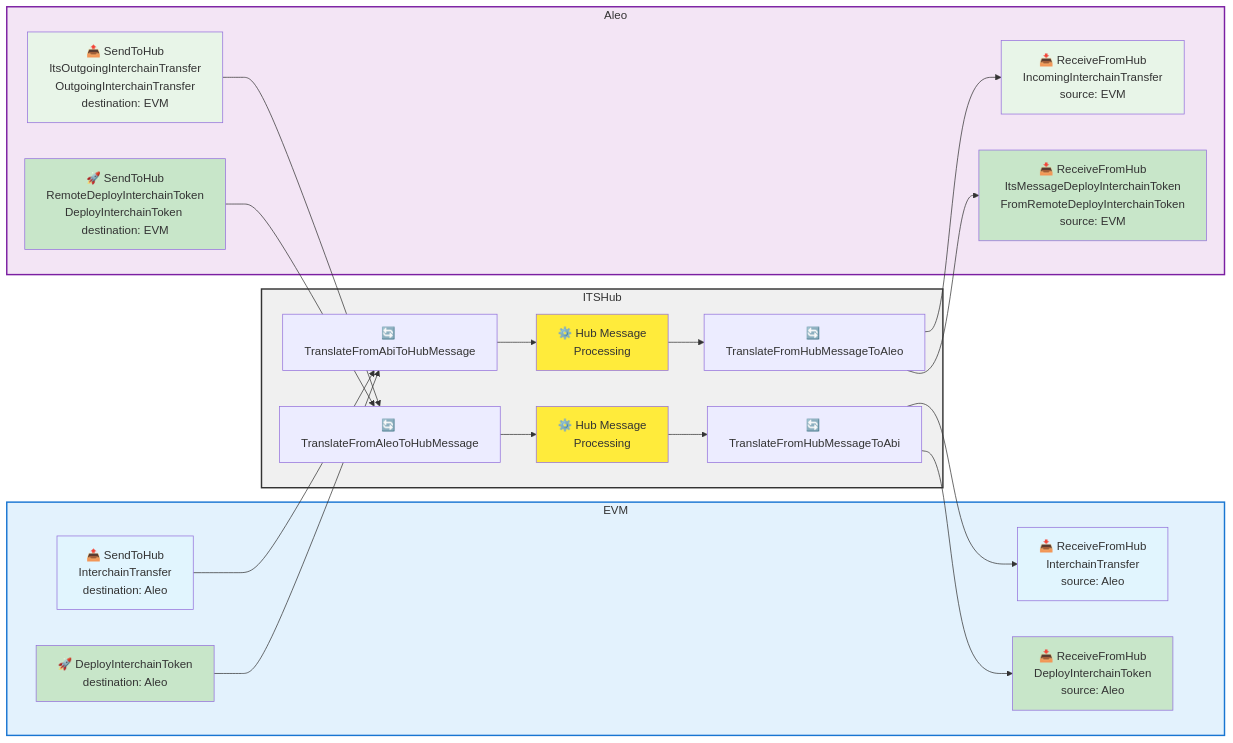
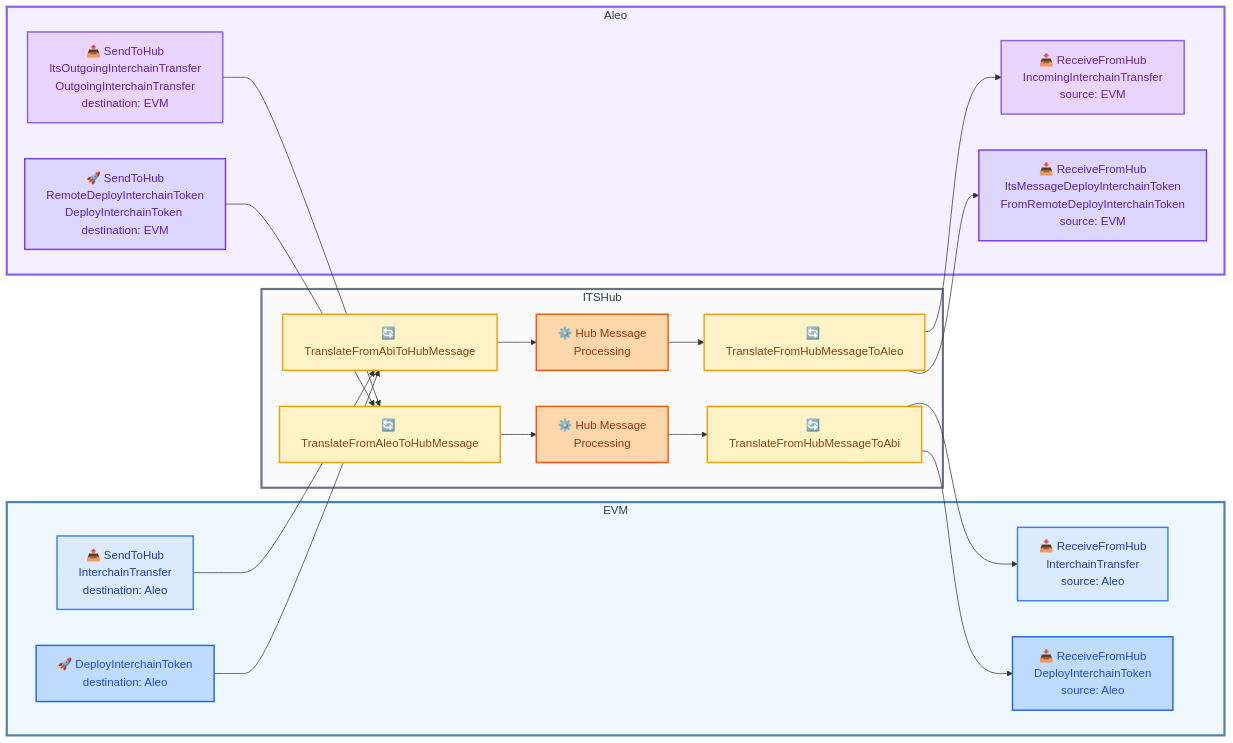
The diagram in contracts/its-aleo-translator/README.md (eigerco/axelar-amplifier), drawn with Mermaid before and after one commit.

Commit message:
wip: docs

````diff
--- a/contracts/its-aleo-translator/README.md
+++ b/contracts/its-aleo-translator/README.md
@@ -36,52 +36,64 @@
 ```mermaid
 flowchart LR
     subgraph EVM
         A[📤 SendToHub<br/>InterchainTransfer<br/>destination: Aleo]
         H[📥 ReceiveFromHub<br/>InterchainTransfer<br/>source: Aleo]
         L[🚀 DeployInterchainToken<br/>destination: Aleo]
         M[📥 ReceiveFromHub<br/>DeployInterchainToken<br/>source: Aleo]
     end
     subgraph Aleo
         E[📥 ReceiveFromHub<br/>IncomingInterchainTransfer<br/>source: EVM]
         G[📤 SendToHub<br/>ItsOutgoingInterchainTransfer<br/>OutgoingInterchainTransfer<br/>destination: EVM]
         N[📥 ReceiveFromHub<br/>ItsMessageDeployInterchainToken<br/>FromRemoteDeployInterchainToken<br/>source: EVM]
         O[🚀 SendToHub<br/>RemoteDeployInterchainToken<br/>DeployInterchainToken <br/>destination: EVM]
     end
     subgraph ITSHub
         C[🔄 TranslateFromAbiToHubMessage]
         F[⚙️ Hub Message<br/>Processing]
         D[🔄 TranslateFromHubMessageToAleo]
         I[🔄 TranslateFromAleoToHubMessage]
         J[⚙️ Hub Message<br/>Processing]
         K[🔄 TranslateFromHubMessageToAbi]
     end
     %% EVM to Aleo flow
     A --> C
     C --> F
     F --> D
     D --> E
     %% Aleo to EVM flow
     G --> I
     I --> J
     J --> K
     K --> H
     %% EVM DeployInterchainToken to Aleo flow
     L --> C
     D --> N
     %% Aleo DeployInterchainToken to EVM flow
     O --> I
     K --> M
-    style EVM fill:#e3f2fd,stroke:#1976d2,stroke-width:2px
-    style A fill:#e1f5fe
-    style H fill:#e1f5fe
-    style L fill:#c8e6c9
-    style M fill:#c8e6c9
-    style F fill:#ffeb3b
-    style J fill:#ffeb3b
-    style ITSHub fill:#f0f0f0,stroke:#333,stroke-width:2px
-    style E fill:#e8f5e8
-    style G fill:#e8f5e8
-    style N fill:#c8e6c9
-    style O fill:#c8e6c9
-    style Aleo fill:#f3e5f5,stroke:#7b1fa2,stroke-width:2px
+
+    %% Improved color scheme
+    style EVM fill:#f0f8ff,stroke:#4682b4,stroke-width:3px,color:#2c3e50
+    style Aleo fill:#f5f0ff,stroke:#8b5cf6,stroke-width:3px,color:#2c3e50
+    style ITSHub fill:#fafafa,stroke:#6b7280,stroke-width:3px,color:#2c3e50
+
+    %% EVM nodes - blue theme
+    style A fill:#dbeafe,stroke:#3b82f6,stroke-width:2px,color:#1e40af
+    style H fill:#dbeafe,stroke:#3b82f6,stroke-width:2px,color:#1e40af
+    style L fill:#bfdbfe,stroke:#2563eb,stroke-width:2px,color:#1d4ed8
+    style M fill:#bfdbfe,stroke:#2563eb,stroke-width:2px,color:#1d4ed8
+
+    %% Aleo nodes - purple theme
+    style E fill:#e9d5ff,stroke:#8b5cf6,stroke-width:2px,color:#6b21a8
+    style G fill:#e9d5ff,stroke:#8b5cf6,stroke-width:2px,color:#6b21a8
+    style N fill:#ddd6fe,stroke:#7c3aed,stroke-width:2px,color:#5b21b6
+    style O fill:#ddd6fe,stroke:#7c3aed,stroke-width:2px,color:#5b21b6
+
+    %% Hub processing nodes - warm theme
+    style C fill:#fef3c7,stroke:#f59e0b,stroke-width:2px,color:#92400e
+    style D fill:#fef3c7,stroke:#f59e0b,stroke-width:2px,color:#92400e
+    style I fill:#fef3c7,stroke:#f59e0b,stroke-width:2px,color:#92400e
+    style K fill:#fef3c7,stroke:#f59e0b,stroke-width:2px,color:#92400e
+    style F fill:#fed7aa,stroke:#ea580c,stroke-width:2px,color:#9a3412
+    style J fill:#fed7aa,stroke:#ea580c,stroke-width:2px,color:#9a3412
 ```
````
